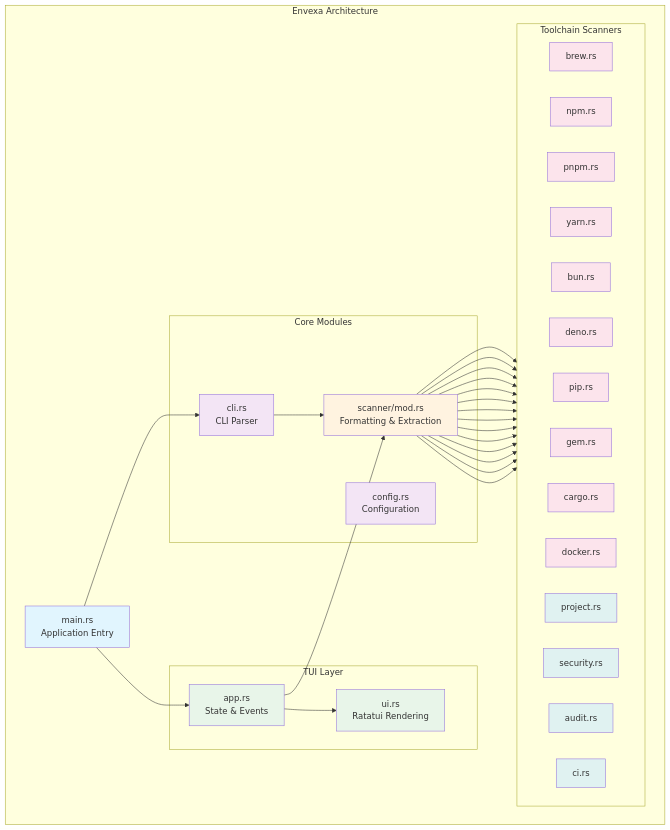
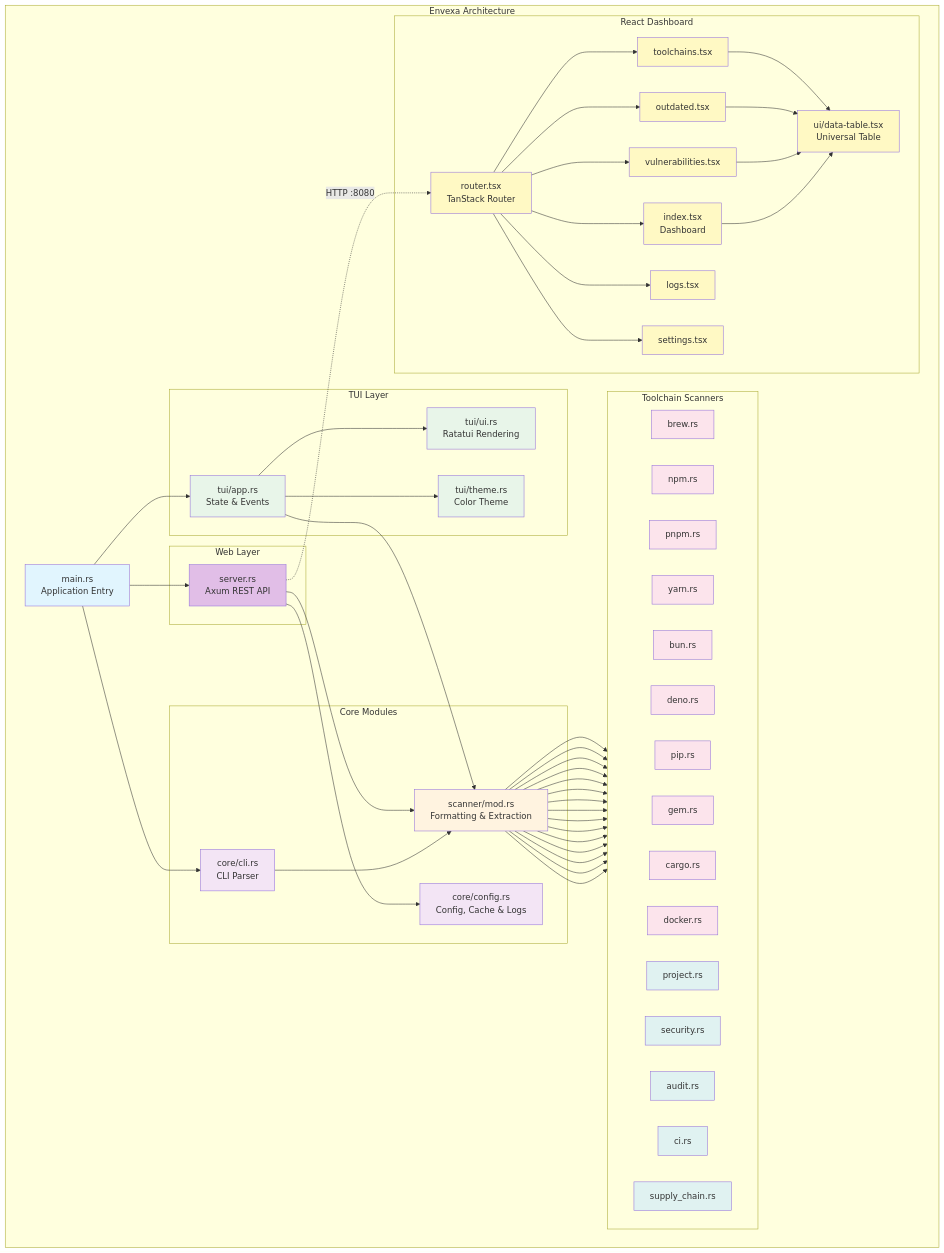
One commit to KurutoDenzeru/envexa changed the first of 2 diagrams in README.md. Above: the diagram before and after it, drawn with Mermaid. The commit also changed other lines of this file and 96 other files, not shown here.

First line of the commit message:
feat(web-dashboard): DataTable, toolchain dialogs, settings, logs, and UI overhaul (#23)

````diff
--- a/README.md
+++ b/README.md
@@ -108,18 +171,23 @@
 graph TB
     subgraph "Envexa Architecture"
         Main[main.rs<br/>Application Entry]
-        
+
         subgraph "Core Modules"
-            CLI[cli.rs<br/>CLI Parser]
-            Config[config.rs<br/>Configuration]
+            CLI[core/cli.rs<br/>CLI Parser]
+            Config[core/config.rs<br/>Config, Cache & Logs]
             Scanner[scanner/mod.rs<br/>Formatting & Extraction]
         end
-        
+
         subgraph "TUI Layer"
-            App[app.rs<br/>State & Events]
-            UI[ui.rs<br/>Ratatui Rendering]
+            App[tui/app.rs<br/>State & Events]
+            UI[tui/ui.rs<br/>Ratatui Rendering]
+            Theme[tui/theme.rs<br/>Color Theme]
         end
-        
+
+        subgraph "Web Layer"
+            Server[server.rs<br/>Axum REST API]
+        end
+
         subgraph "Toolchain Scanners"
             direction LR
             Brew[brew.rs]
@@ -136,15 +204,31 @@
             Security[security.rs]
             Audit[audit.rs]
             CI[ci.rs]
+            SupplyChain[supply_chain.rs]
+        end
+
+        subgraph "React Dashboard"
+            Router[router.tsx<br/>TanStack Router]
+            Overview[index.tsx<br/>Dashboard]
+            Vulns[vulnerabilities.tsx]
+            Outdated[outdated.tsx]
+            Toolchains[toolchains.tsx]
+            Logs[logs.tsx]
+            Settings[settings.tsx]
+            DataTable[ui/data-table.tsx<br/>Universal Table]
         end
     end
-    
+
     Main --> CLI
     Main --> App
+    Main --> Server
     CLI --> Scanner
     App --> UI
+    App --> Theme
     App --> Scanner
-    
+    Server --> Scanner
+    Server --> Config
+
     Scanner --> Brew
     Scanner --> NPM
     Scanner --> Pnpm
@@ -159,13 +243,29 @@
     Scanner --> Security
     Scanner --> Audit
     Scanner --> CI
-    
+    Scanner --> SupplyChain
+
+    Server -.->|HTTP :8080| Router
+    Router --> Overview
+    Router --> Vulns
+    Router --> Outdated
+    Router --> Toolchains
+    Router --> Logs
+    Router --> Settings
+
+    Overview --> DataTable
+    Vulns --> DataTable
+    Outdated --> DataTable
+    Toolchains --> DataTable
+
     style Main fill:#e1f5fe
     style CLI fill:#f3e5f5
     style Config fill:#f3e5f5
     style Scanner fill:#fff3e0
     style App fill:#e8f5e9
     style UI fill:#e8f5e9
+    style Theme fill:#e8f5e9
+    style Server fill:#e1bee7
     style Brew fill:#fce4ec
     style NPM fill:#fce4ec
     style Pnpm fill:#fce4ec
@@ -180,4 +280,13 @@
     style Security fill:#e0f2f1
     style Audit fill:#e0f2f1
     style CI fill:#e0f2f1
+    style SupplyChain fill:#e0f2f1
+    style Router fill:#fff9c4
+    style Overview fill:#fff9c4
+    style Vulns fill:#fff9c4
+    style Outdated fill:#fff9c4
+    style Toolchains fill:#fff9c4
+    style Logs fill:#fff9c4
+    style Settings fill:#fff9c4
+    style DataTable fill:#fff9c4
 ```
````
